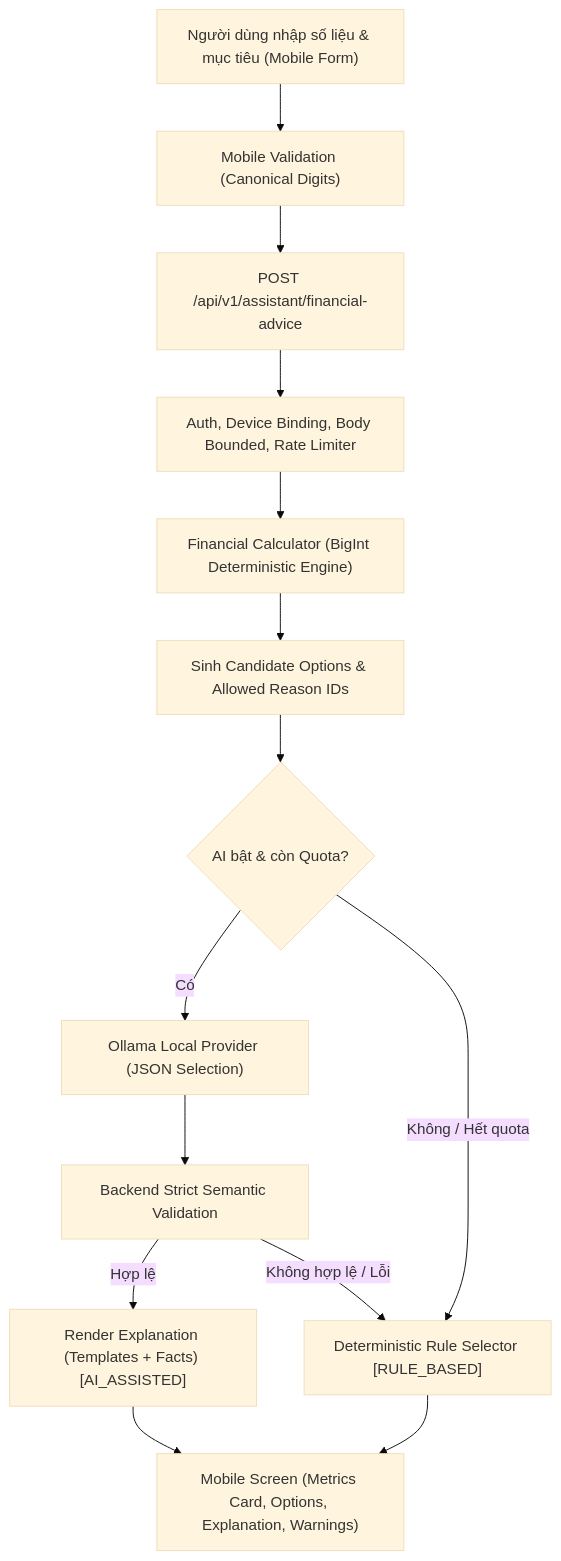
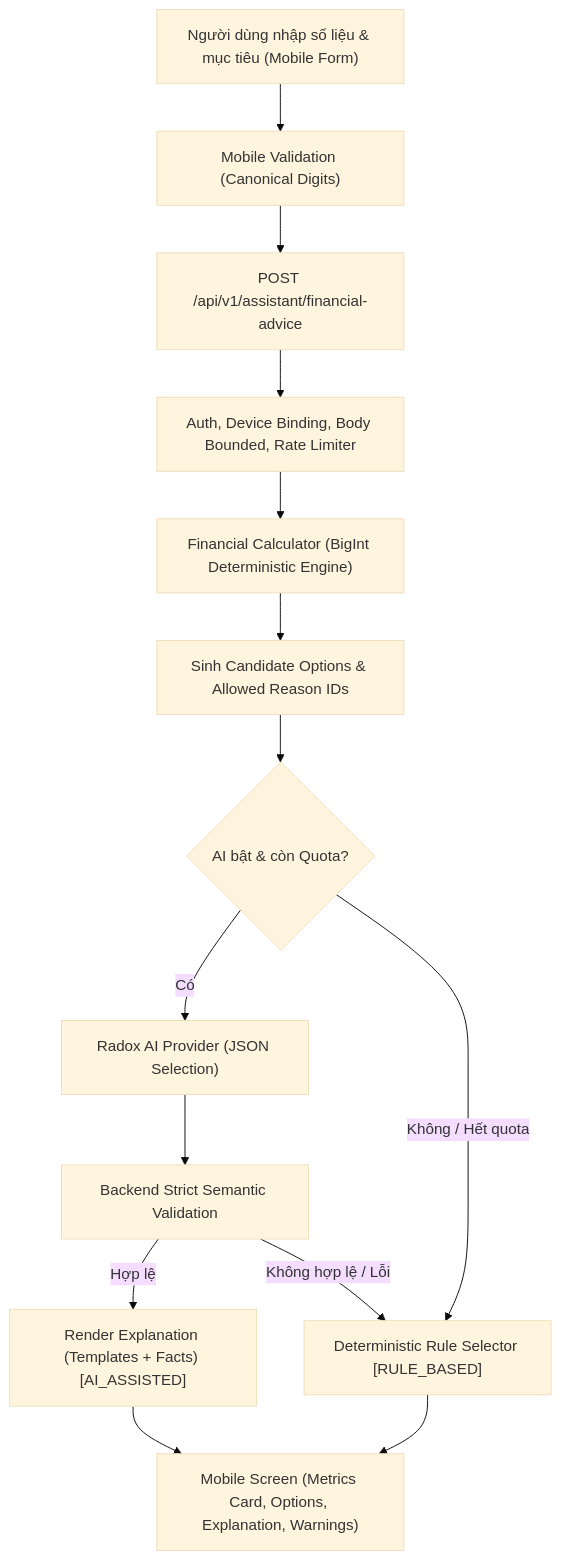
The diagram in documents/06-security-ai/financial-advice-plan.md (NguyenCaoKy1603/banking-system), drawn with Mermaid (base theme) before and after one commit. The commit also changed other lines of this file and 9 other files, not shown here.

````diff
--- a/documents/06-security-ai/financial-advice-plan.md
+++ b/documents/06-security-ai/financial-advice-plan.md
@@ -22,16 +22,16 @@
 ```mermaid
 flowchart TD
   U["Người dùng nhập số liệu & mục tiêu (Mobile Form)"] --> V["Mobile Validation (Canonical Digits)"]
   V --> H["POST /api/v1/assistant/financial-advice"]
   H --> A["Auth, Device Binding, Body Bounded, Rate Limiter"]
   A --> C["Financial Calculator (BigInt Deterministic Engine)"]
   C --> O["Sinh Candidate Options & Allowed Reason IDs"]
   O --> L{"AI bật & còn Quota?"}
-  L -->|Có| P["Ollama Local Provider (JSON Selection)"]
+  L -->|Có| P["Radox AI Provider (JSON Selection)"]
   P --> X["Backend Strict Semantic Validation"]
   X -->|Hợp lệ| R["Render Explanation (Templates + Facts) [AI_ASSISTED]"]
   X -->|Không hợp lệ / Lỗi| F["Deterministic Rule Selector [RULE_BASED]"]
   L -->|Không / Hết quota| F
   R --> UI["Mobile Screen (Metrics Card, Options, Explanation, Warnings)"]
   F --> UI
 ```
````
